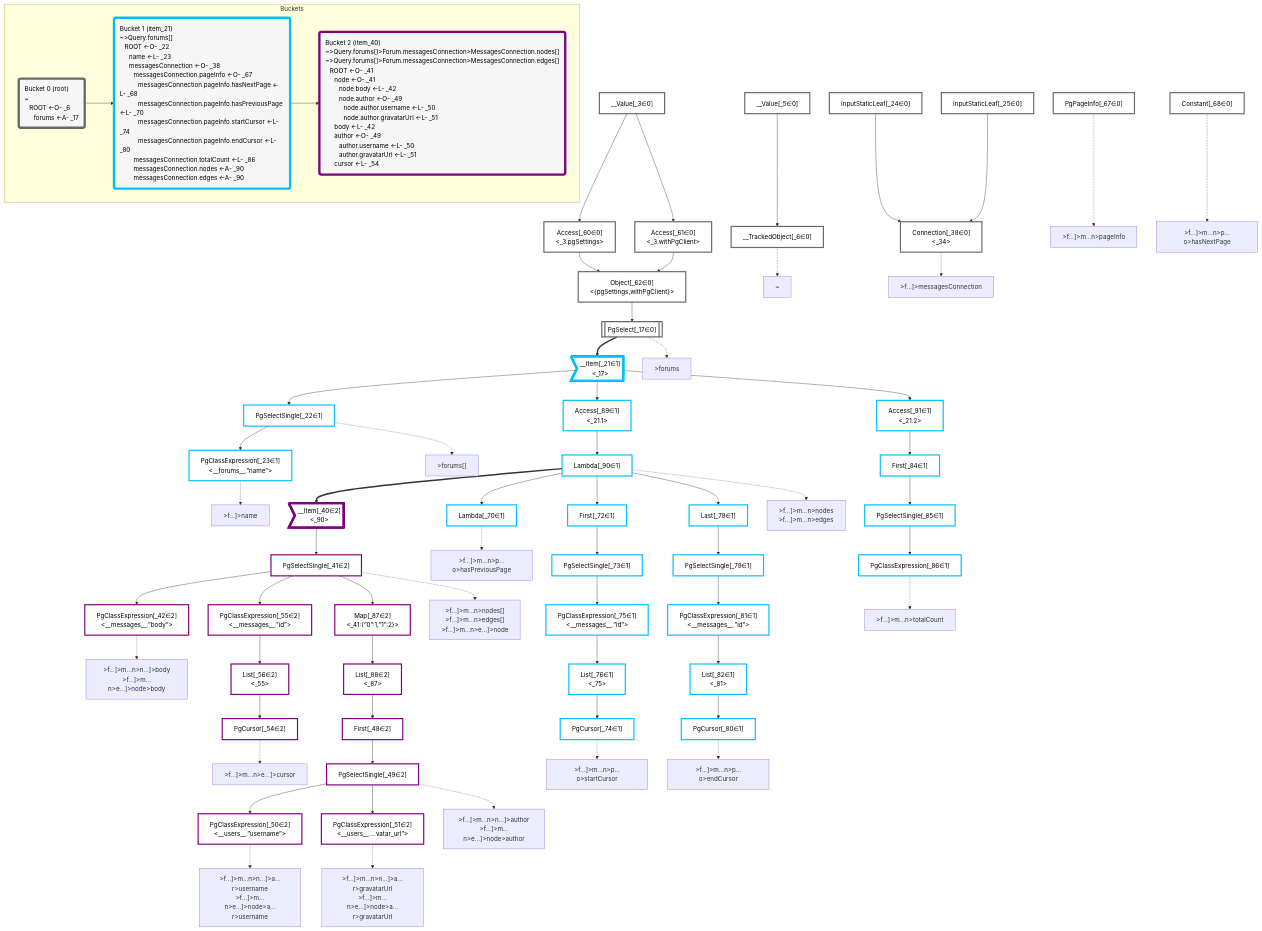
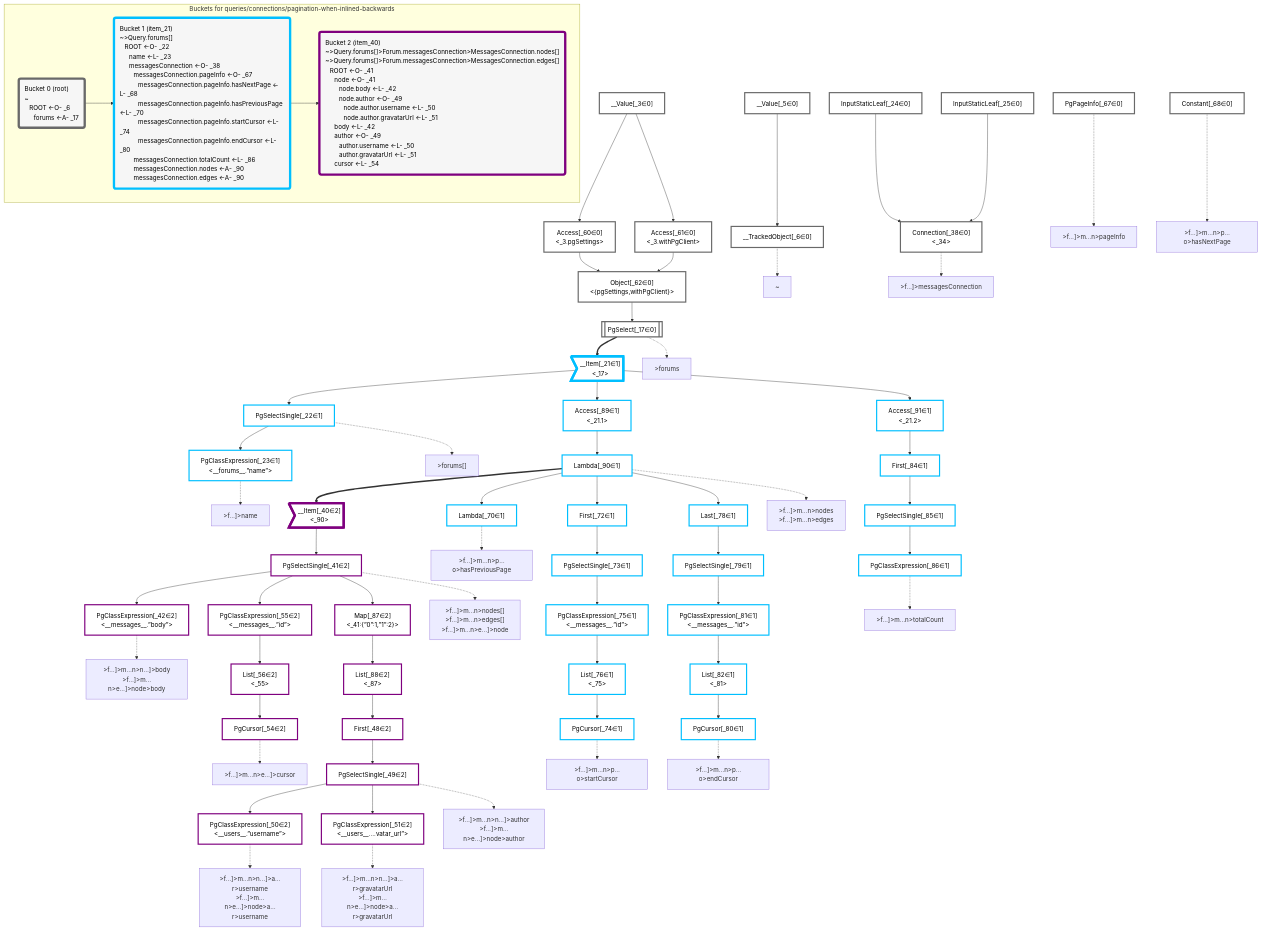
One commit to graphile/crystal changed the diagram in packages/dataplan-pg/__tests__/queries/connections/pagination-when-inlined-backwards.mermaid.md. Above: the diagram before and after it, drawn with Mermaid. The commit also changed 195 other files, not shown here.

```diff
--- a/packages/dataplan-pg/__tests__/queries/connections/pagination-when-inlined-backwards.mermaid.md
+++ b/packages/dataplan-pg/__tests__/queries/connections/pagination-when-inlined-backwards.mermaid.md
@@ -141,7 +141,7 @@
     classDef bucket2 stroke:#7f007f
     class __Item_40,PgSelectSingle_41,PgClassExpression_42,First_48,PgSelectSingle_49,PgClassExpression_50,PgClassExpression_51,PgCursor_54,PgClassExpression_55,List_56,Map_87,List_88 bucket2
 
-    subgraph Buckets
+    subgraph "Buckets for queries/connections/pagination-when-inlined-backwards"
     Bucket0("Bucket 0 (root)<br />~<br />⠀ROOT <-O- _6<br />⠀⠀forums <-A- _17"):::bucket
     style Bucket0 stroke:#696969
     Bucket1("Bucket 1 (item_21)<br />~>Query.forums[]<br />⠀ROOT <-O- _22<br />⠀⠀name <-L- _23<br />⠀⠀messagesConnection <-O- _38<br />⠀⠀⠀messagesConnection.pageInfo <-O- _67<br />⠀⠀⠀⠀messagesConnection.pageInfo.hasNextPage <-L- _68<br />⠀⠀⠀⠀messagesConnection.pageInfo.hasPreviousPage <-L- _70<br />⠀⠀⠀⠀messagesConnection.pageInfo.startCursor <-L- _74<br />⠀⠀⠀⠀messagesConnection.pageInfo.endCursor <-L- _80<br />⠀⠀⠀messagesConnection.totalCount <-L- _86<br />⠀⠀⠀messagesConnection.nodes <-A- _90<br />⠀⠀⠀messagesConnection.edges <-A- _90"):::bucket
```
